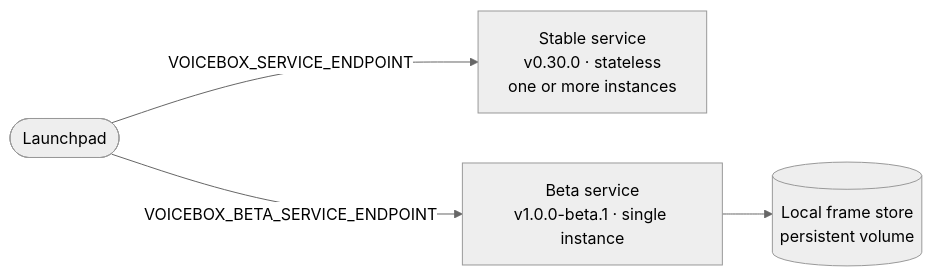
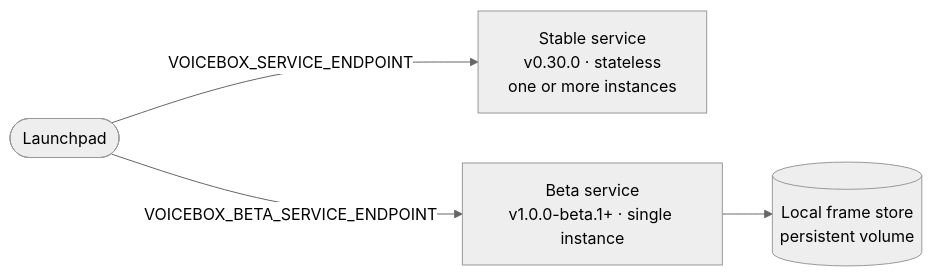
One commit to stardog-union/launchpad-docs changed the first of 2 diagrams in guides/voicebox-beta-deployment.md. Above: the diagram before and after it, drawn with Mermaid (neutral theme). The commit also changed other lines of this file and 2 other files, not shown here.

Commit message:
Add Voicebox Service v1.0.0-beta.2 release notes (#91)

````diff
--- a/guides/voicebox-beta-deployment.md
+++ b/guides/voicebox-beta-deployment.md
@@ -28,7 +28,7 @@
 ```mermaid
 flowchart LR
     LP([Launchpad])
     LP -->|VOICEBOX_SERVICE_ENDPOINT| ST["Stable service<br/>v0.30.0 · stateless<br/>one or more instances"]
-    LP -->|VOICEBOX_BETA_SERVICE_ENDPOINT| BE["Beta service<br/>v1.0.0-beta.1 · single instance"]
+    LP -->|VOICEBOX_BETA_SERVICE_ENDPOINT| BE["Beta service<br/>v1.0.0-beta.1+ · single instance"]
     BE --> FS[("Local frame store<br/>persistent volume")]
 ```
````
